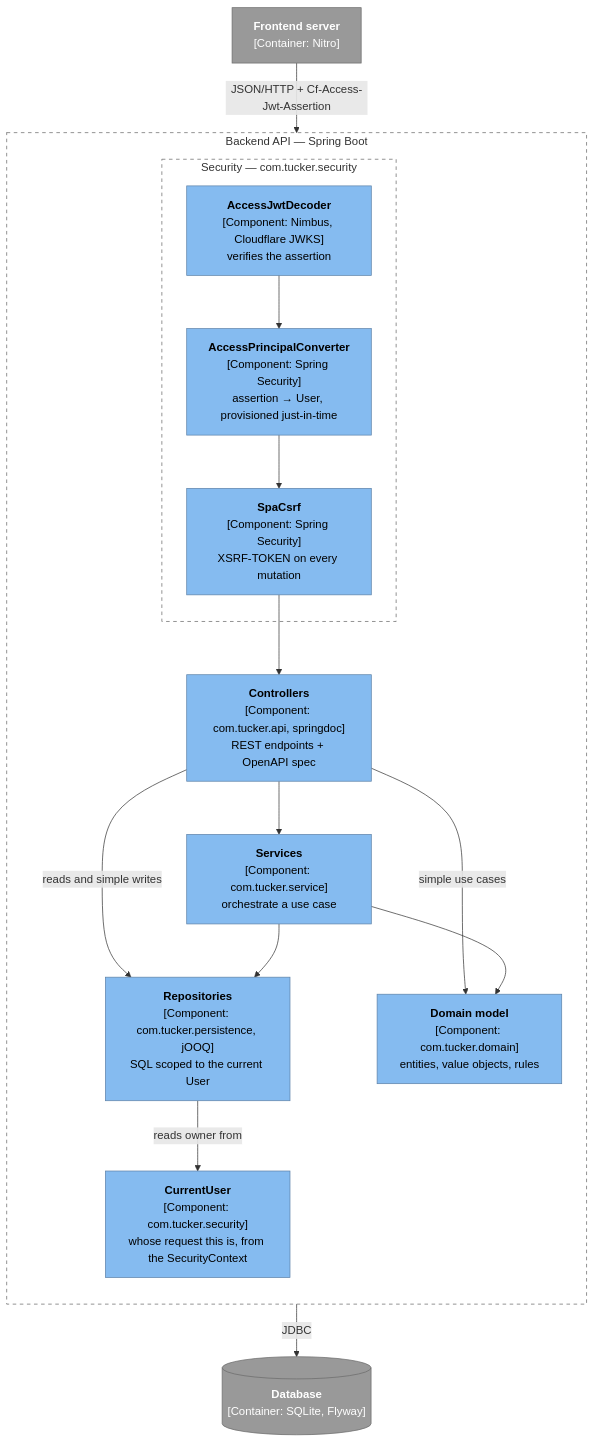
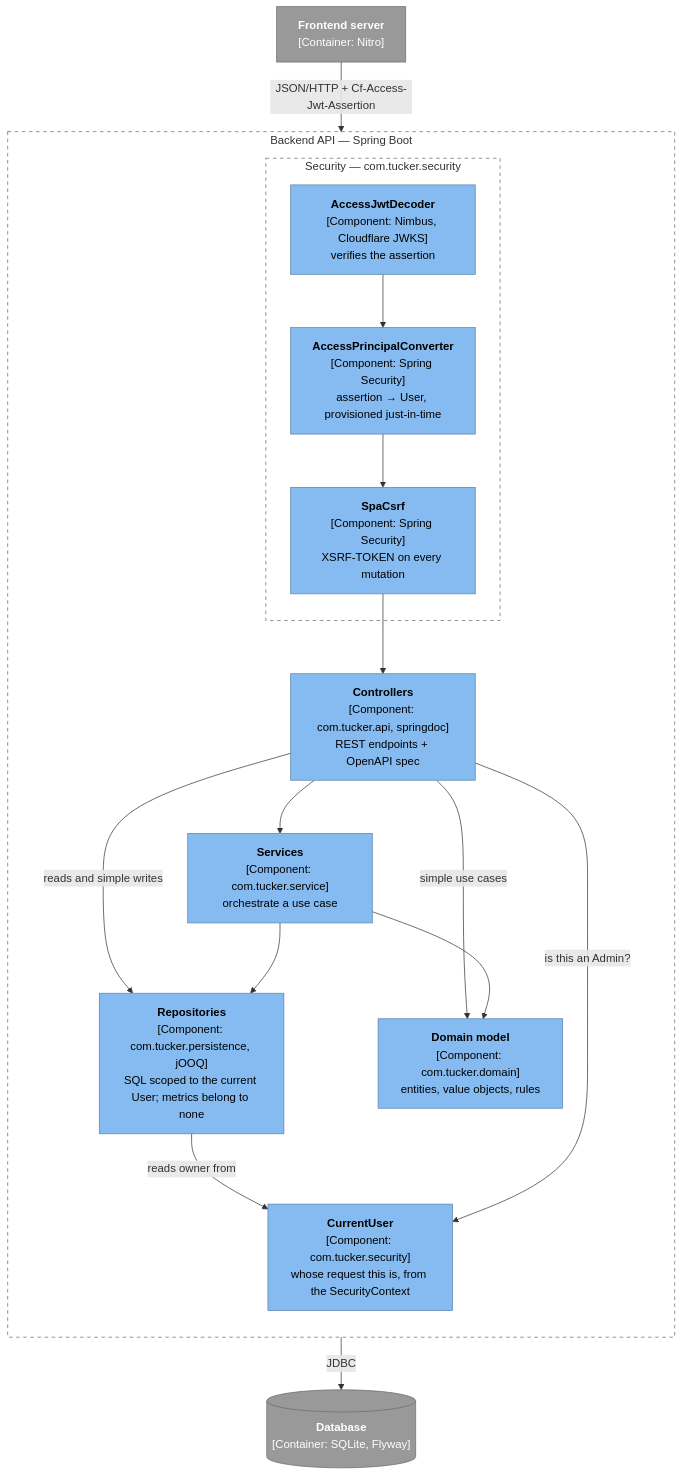
The fourth of 10 diagrams in docs/architecture.md (skrymer/tucker), drawn with Mermaid before and after one commit. The commit also changed other lines of this file and 37 other files, not shown here.

````diff
--- a/docs/architecture.md
+++ b/docs/architecture.md
@@ -160,36 +160,37 @@
 ```mermaid
 flowchart TD
   web["<b>Frontend server</b><br/>[Container: Nitro]"]:::ext
 
   subgraph api["Backend API — Spring Boot"]
     direction TB
     subgraph sec["Security — com.tucker.security"]
       jwt["<b>AccessJwtDecoder</b><br/>[Component: Nimbus, Cloudflare JWKS]<br/>verifies the assertion"]:::component
       principal["<b>AccessPrincipalConverter</b><br/>[Component: Spring Security]<br/>assertion → User, provisioned just-in-time"]:::component
       csrf["<b>SpaCsrf</b><br/>[Component: Spring Security]<br/>XSRF-TOKEN on every mutation"]:::component
     end
     current["<b>CurrentUser</b><br/>[Component: com.tucker.security]<br/>whose request this is, from the SecurityContext"]:::component
     controllers["<b>Controllers</b><br/>[Component: com.tucker.api, springdoc]<br/>REST endpoints + OpenAPI spec"]:::component
     services["<b>Services</b><br/>[Component: com.tucker.service]<br/>orchestrate a use case"]:::component
     domain["<b>Domain model</b><br/>[Component: com.tucker.domain]<br/>entities, value objects, rules"]:::component
-    repos["<b>Repositories</b><br/>[Component: com.tucker.persistence, jOOQ]<br/>SQL scoped to the current User"]:::component
+    repos["<b>Repositories</b><br/>[Component: com.tucker.persistence, jOOQ]<br/>SQL scoped to the current User; metrics belong to none"]:::component
   end
   db[("<b>Database</b><br/>[Container: SQLite, Flyway]")]:::ext
 
   web -- "JSON/HTTP + Cf-Access-Jwt-Assertion" --> jwt
   jwt --> principal
   principal --> csrf
   csrf --> controllers
   controllers --> services
   controllers -- "reads and simple writes" --> repos
   controllers -- "simple use cases" --> domain
   services --> domain
   services --> repos
   repos -- "reads owner from" --> current
+  controllers -- "is this an Admin?" --> current
   repos -- "JDBC" --> db
 
   classDef component fill:#85bbf0,color:#000,stroke:#5d82a8
   classDef ext fill:#999,color:#fff,stroke:#6b6b6b
   style api fill:none,stroke:#666,stroke-dasharray:5 5
   style sec fill:none,stroke:#666,stroke-dasharray:5 5
 ```
````
